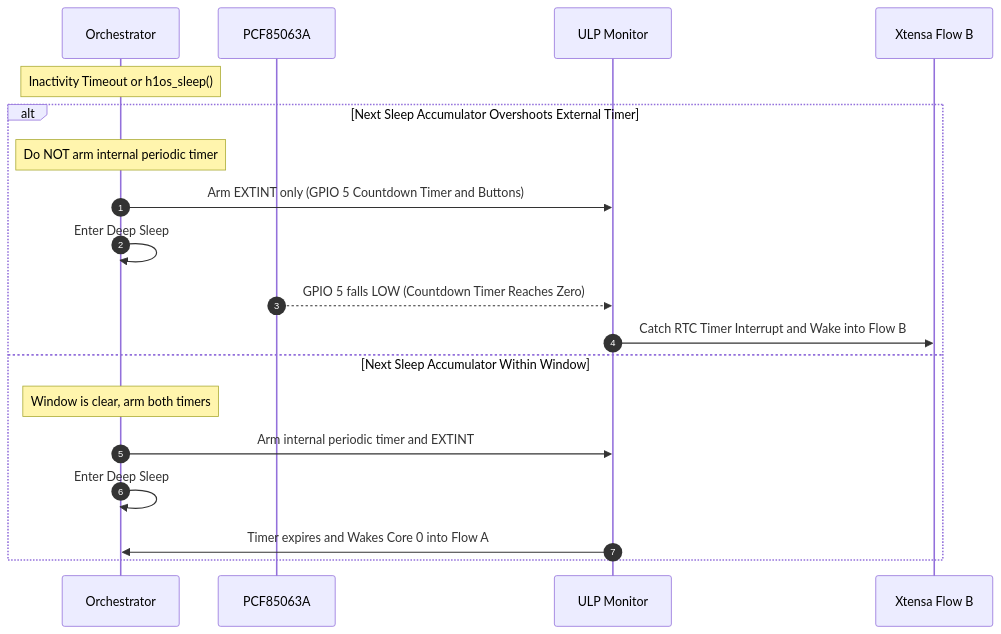
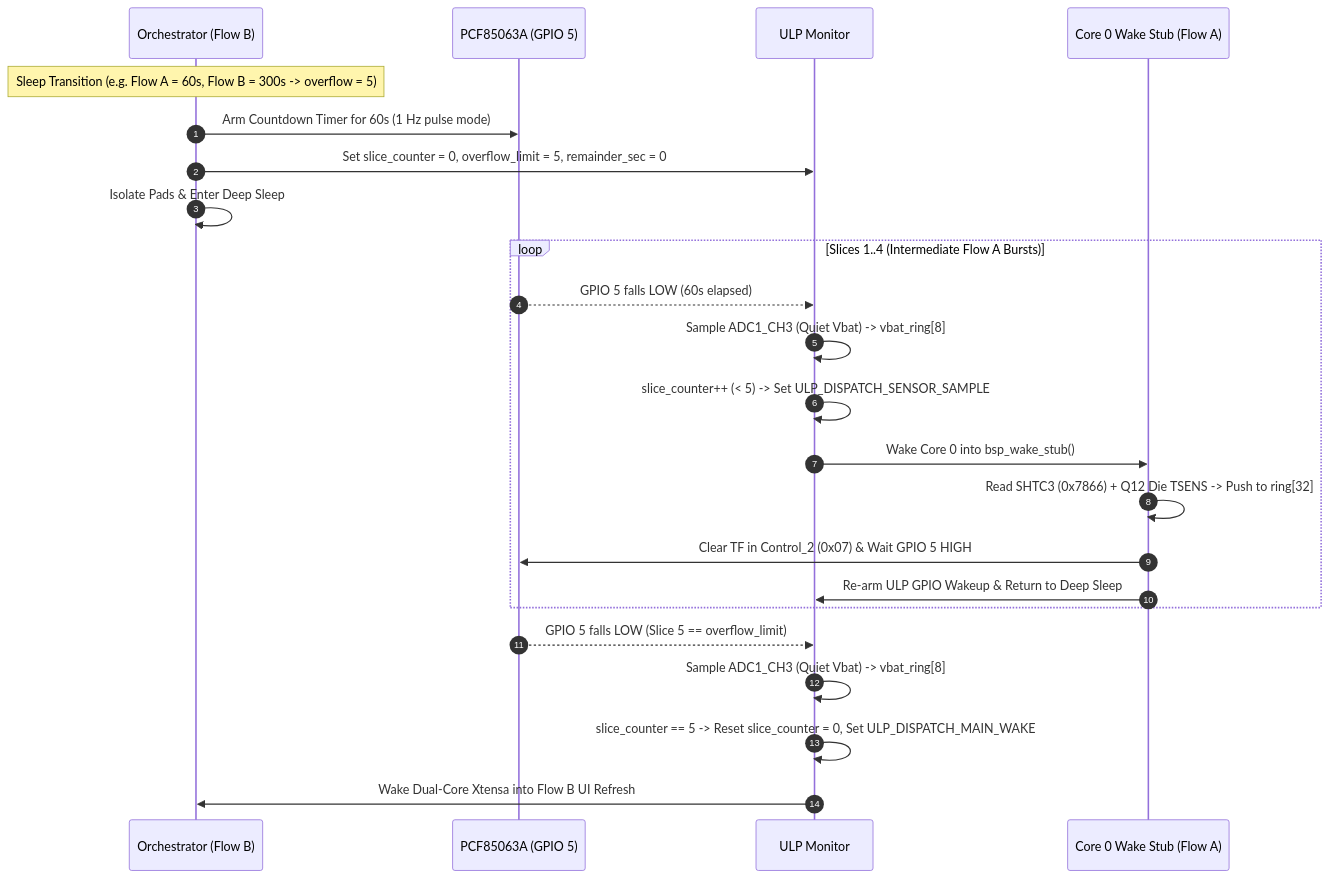
One commit to Humidyne-Labs/H1OS changed the second of 2 diagrams in docs/architecture/B2_state_machine.md. Above: the diagram before and after it, drawn with Mermaid. The commit also changed other lines of this file and 39 other files, not shown here.

````diff
--- a/docs/architecture/B2_state_machine.md
+++ b/docs/architecture/B2_state_machine.md
@@ -81,22 +80,28 @@
 ```mermaid
 sequenceDiagram
     autonumber
-    participant App as Orchestrator
-    participant RTC as PCF85063A
+    participant App as Orchestrator (Flow B)
+    participant RTC as PCF85063A (GPIO 5)
     participant ULP as ULP Monitor
-    participant Xtensa as Xtensa Flow B
+    participant Stub as Core 0 Wake Stub (Flow A)
 
-    Note over App: Inactivity Timeout or h1os_sleep()
-    alt Next Sleep Accumulator Overshoots External Timer
-        Note over App: Do NOT arm internal periodic timer
-        App->>ULP: Arm EXTINT only (GPIO 5 Countdown Timer and Buttons)
-        App->>App: Enter Deep Sleep
-        RTC-->>ULP: GPIO 5 falls LOW (Countdown Timer Reaches Zero)
-        ULP->>Xtensa: Catch RTC Timer Interrupt and Wake into Flow B
-    else Next Sleep Accumulator Within Window
-        Note over App: Window is clear, arm both timers
-        App->>ULP: Arm internal periodic timer and EXTINT
-        App->>App: Enter Deep Sleep
-        ULP->>App: Timer expires and Wakes Core 0 into Flow A
+    Note over App: Sleep Transition (e.g. Flow A = 60s, Flow B = 300s -> overflow = 5)
+    App->>RTC: Arm Countdown Timer for 60s (1 Hz pulse mode)
+    App->>ULP: Set slice_counter = 0, overflow_limit = 5, remainder_sec = 0
+    App->>App: Isolate Pads & Enter Deep Sleep
+
+    loop Slices 1..4 (Intermediate Flow A Bursts)
+        RTC-->>ULP: GPIO 5 falls LOW (60s elapsed)
+        ULP->>ULP: Sample ADC1_CH3 (Quiet Vbat) -> vbat_ring[8]
+        ULP->>ULP: slice_counter++ (< 5) -> Set ULP_DISPATCH_SENSOR_SAMPLE
+        ULP->>Stub: Wake Core 0 into bsp_wake_stub()
+        Stub->>Stub: Read SHTC3 (0x7866) + Q12 Die TSENS -> Push to ring[32]
+        Stub->>RTC: Clear TF in Control_2 (0x07) & Wait GPIO 5 HIGH
+        Stub->>ULP: Re-arm ULP GPIO Wakeup & Return to Deep Sleep
     end
+
+    RTC-->>ULP: GPIO 5 falls LOW (Slice 5 == overflow_limit)
+    ULP->>ULP: Sample ADC1_CH3 (Quiet Vbat) -> vbat_ring[8]
+    ULP->>ULP: slice_counter == 5 -> Reset slice_counter = 0, Set ULP_DISPATCH_MAIN_WAKE
+    ULP->>App: Wake Dual-Core Xtensa into Flow B UI Refresh
 ```
````
